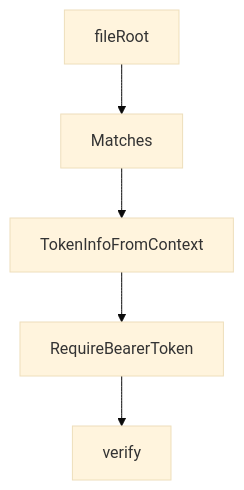
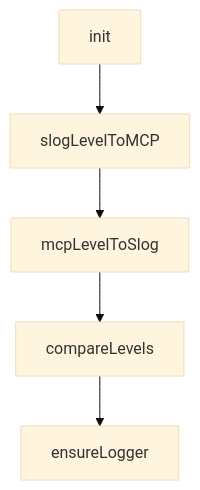
Before and after one commit to johnxie/awesome-code-docs: the diagram in tutorials/mcp-go-sdk-tutorial/08-conformance-operations-and-upgrade-strategy.md, drawn with Mermaid (base theme). The commit also changed other lines of this file and 1232 other files, not shown here.

````diff
--- a/tutorials/mcp-go-sdk-tutorial/08-conformance-operations-and-upgrade-strategy.md
+++ b/tutorials/mcp-go-sdk-tutorial/08-conformance-operations-and-upgrade-strategy.md
@@ -201,12 +220,12 @@
 ```mermaid
 flowchart TD
-    A[fileRoot]
-    B[Matches]
-    C[TokenInfoFromContext]
-    D[RequireBearerToken]
-    E[verify]
+    A[init]
+    B[slogLevelToMCP]
+    C[mcpLevelToSlog]
+    D[compareLevels]
+    E[ensureLogger]
     A --> B
     B --> C
     C --> D
     D --> E
 ```
````
